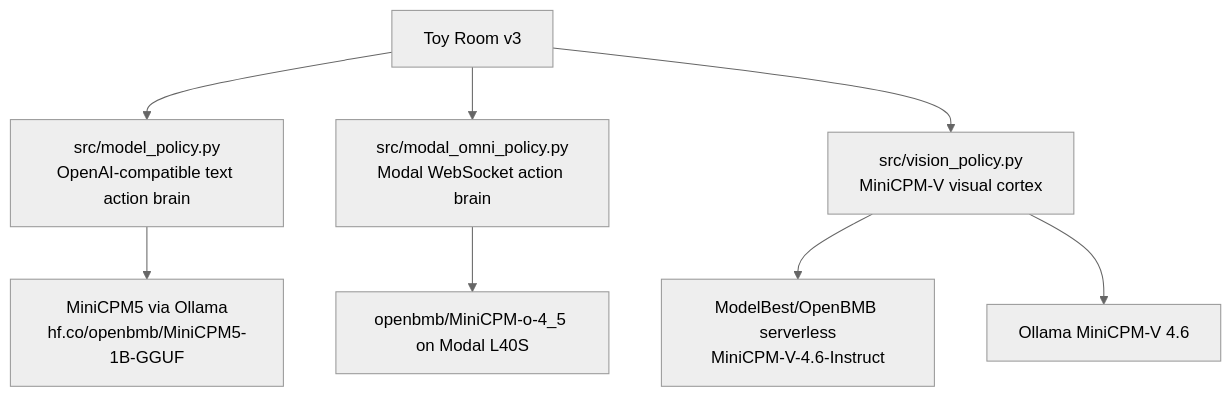
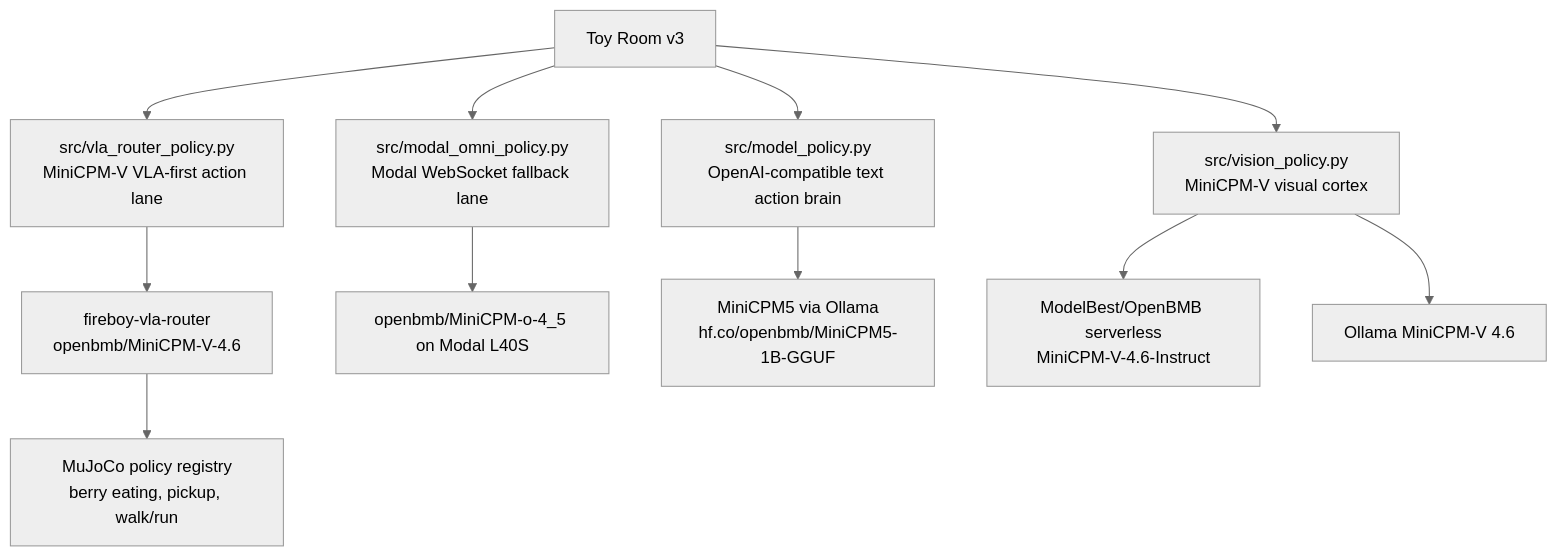
One commit to sanjuhs/build-small-hackathon-v1 changed the second of 2 diagrams in docs/prize-qualification.md. Above: the diagram before and after it, drawn with Mermaid (neutral theme). The commit also changed other lines of this file and 10 other files, not shown here.

Commit message:
docs: publish MiniCPM-V VLA artifacts

````diff
--- a/docs/prize-qualification.md
+++ b/docs/prize-qualification.md
@@ -57,10 +65,13 @@
 ```mermaid
 flowchart TD
   ToyRoom["Toy Room v3"] --> TextHook["src/model_policy.py\nOpenAI-compatible text action brain"]
-  ToyRoom --> ModalHook["src/modal_omni_policy.py\nModal WebSocket action brain"]
+  ToyRoom --> VlaHook["src/vla_router_policy.py\nMiniCPM-V VLA-first action lane"]
+  ToyRoom --> ModalHook["src/modal_omni_policy.py\nModal WebSocket fallback lane"]
   ToyRoom --> VisionHook["src/vision_policy.py\nMiniCPM-V visual cortex"]
+  VlaHook --> VlaRouter["fireboy-vla-router\nopenbmb/MiniCPM-V-4.6"]
+  VlaRouter --> Mujoco["MuJoCo policy registry\nberry eating, pickup, walk/run"]
   ModalHook --> Omni["openbmb/MiniCPM-o-4_5 on Modal L40S"]
   TextHook --> LocalMini["MiniCPM5 via Ollama\nhf.co/openbmb/MiniCPM5-1B-GGUF"]
   VisionHook --> ModelBest["ModelBest/OpenBMB serverless\nMiniCPM-V-4.6-Instruct"]
   VisionHook --> LocalVision["Ollama MiniCPM-V 4.6"]
 ```
````
